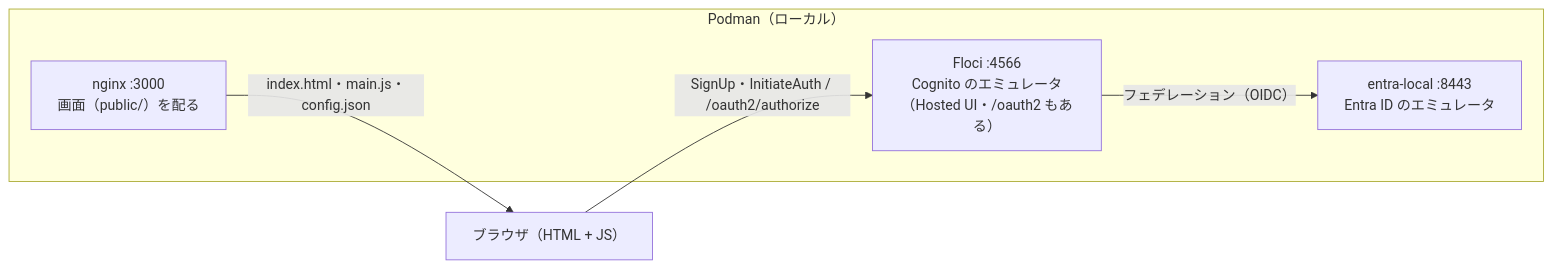
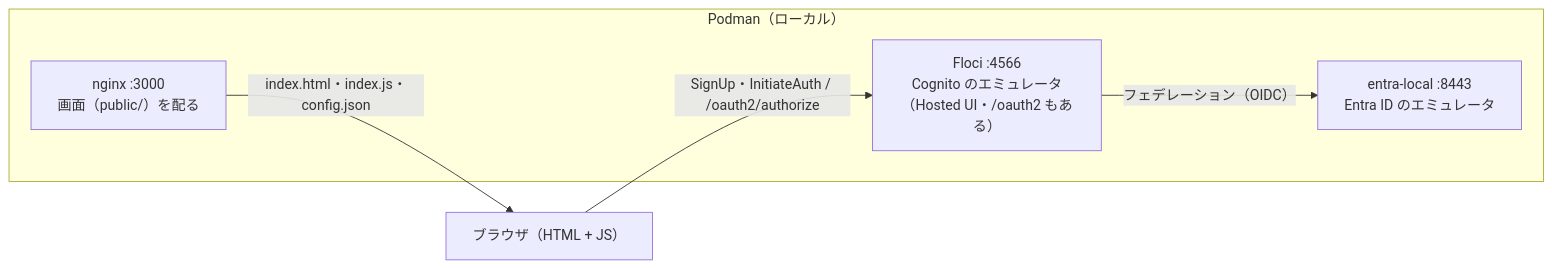
The diagram in OUTLINE.md (seekseep/cognito-entra-id-emulation-handson), drawn with Mermaid before and after one commit. The commit also changed other lines of this file and 199 other files, not shown here.

````diff
--- a/OUTLINE.md
+++ b/OUTLINE.md
@@ -8,12 +8,12 @@
 ```mermaid
 flowchart LR
   subgraph Podman["Podman（ローカル）"]
     floci["Floci :4566<br/>Cognito のエミュレータ<br/>（Hosted UI・/oauth2 もある）"]
     el["entra-local :8443<br/>Entra ID のエミュレータ"]
     server["nginx :3000<br/>画面（public/）を配る"]
   end
   browser["ブラウザ（HTML + JS）"]
-  server -- "index.html・main.js・config.json" --> browser
+  server -- "index.html・index.js・config.json" --> browser
   browser -- "SignUp・InitiateAuth / /oauth2/authorize" --> floci
   floci -- "フェデレーション（OIDC）" --> el
 ```
````
